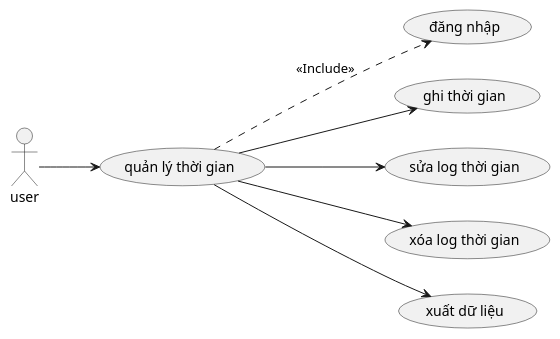
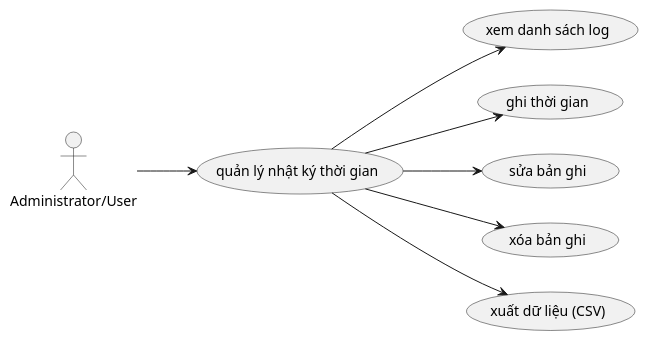
The diagram in docs/use-cases/13_quan_ly_thoi_gian.md (docuong039/worksphere), drawn with PlantUML before and after one commit. The commit also changed other lines of this file and 26 other files, not shown here.

Commit message:
update diagram

````diff
--- a/docs/use-cases/13_quan_ly_thoi_gian.md
+++ b/docs/use-cases/13_quan_ly_thoi_gian.md
@@ -5,25 +5,24 @@
 ```plantuml
 @startuml
 left to right direction
-actor "user" as User
+actor "Administrator/User" as User
 
-usecase "đăng nhập" as UC_Login
-usecase "quản lý thời gian" as UC_ManageTime
+usecase "quản lý nhật ký thời gian" as UC_ManageTime
 
 ' Các use case con
-usecase "ghi thời gian" as UC01
-usecase "sửa log thời gian" as UC02
-usecase "xóa log thời gian" as UC03
-usecase "xuất dữ liệu" as UC04
+usecase "xem danh sách log" as UC01
+usecase "ghi thời gian" as UC02
+usecase "sửa bản ghi" as UC03
+usecase "xóa bản ghi" as UC04
+usecase "xuất dữ liệu (CSV)" as UC05
 
 User --> UC_ManageTime
 
 UC_ManageTime --> UC01
 UC_ManageTime --> UC02
 UC_ManageTime --> UC03
 UC_ManageTime --> UC04
-
-UC_ManageTime ..> UC_Login : <<Include>>
+UC_ManageTime --> UC05
 
 @enduml
 ```
````
